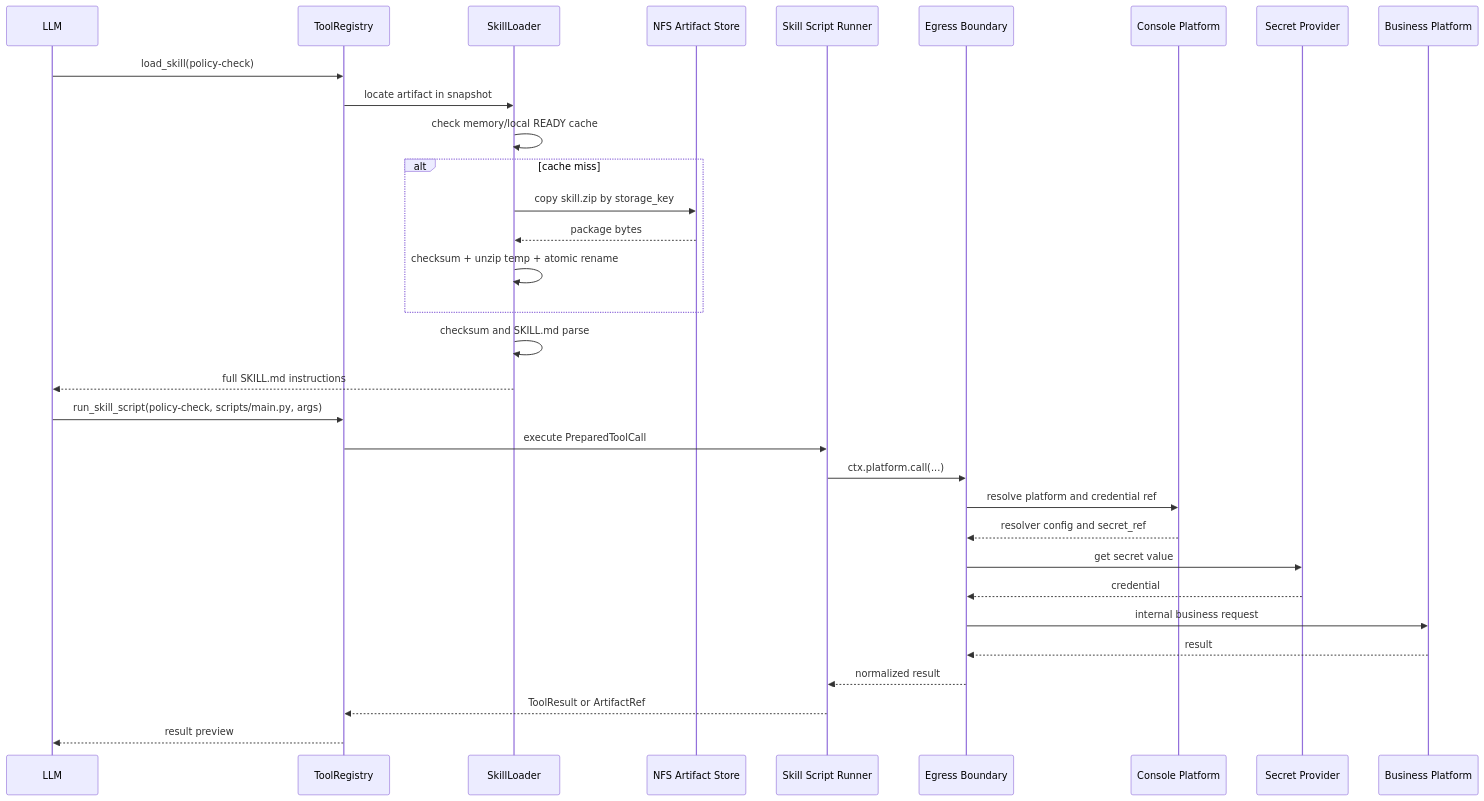
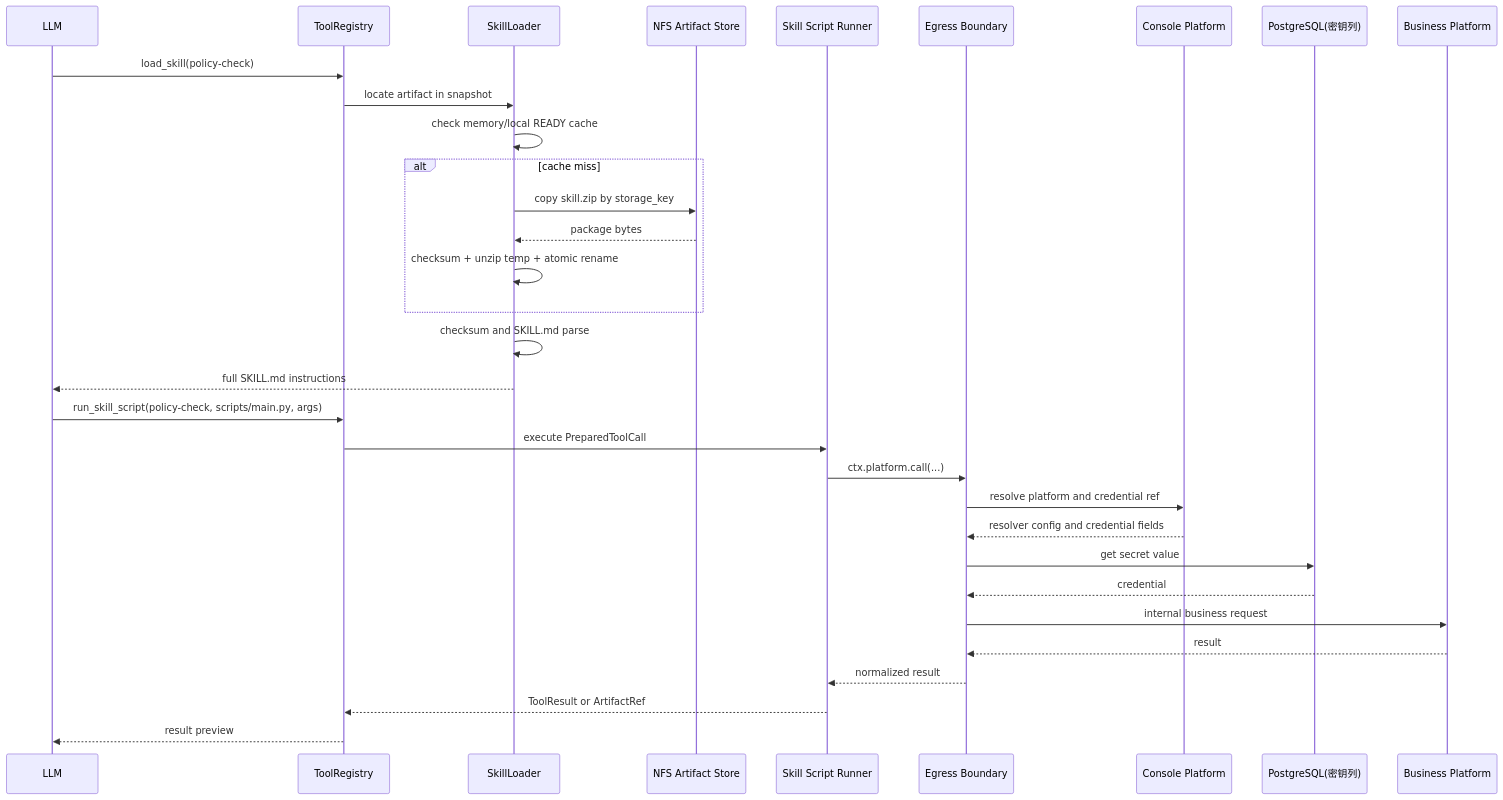
One commit to Michaelxwb/fluxion-harness changed the fourth of 22 diagrams in docs/08-关键流程时序与状态机详细设计.md. Above: the diagram before and after it, drawn with Mermaid. The commit also changed other lines of this file and 116 other files, not shown here.

First line of the commit message:
feat(model): 模型管理模块闭环并归档；refactor(secret): SecretRef 全量移除

````diff
--- a/docs/08-关键流程时序与状态机详细设计.md
+++ b/docs/08-关键流程时序与状态机详细设计.md
@@ -102,36 +102,36 @@
 ```mermaid
 sequenceDiagram
     participant L as LLM
     participant TR as ToolRegistry
     participant SL as SkillLoader
     participant FS as NFS Artifact Store
     participant SR as Skill Script Runner
     participant EB as Egress Boundary
     participant CP as Console Platform
-    participant SP as Secret Provider
+    participant SP as PostgreSQL(密钥列)
     participant BIZ as Business Platform
 
     L->>TR: load_skill(policy-check)
     TR->>SL: locate artifact in snapshot
     SL->>SL: check memory/local READY cache
     alt cache miss
         SL->>FS: copy skill.zip by storage_key
         FS-->>SL: package bytes
         SL->>SL: checksum + unzip temp + atomic rename
     end
     SL->>SL: checksum and SKILL.md parse
     SL-->>L: full SKILL.md instructions
 
     L->>TR: run_skill_script(policy-check, scripts/main.py, args)
     TR->>SR: execute PreparedToolCall
     SR->>EB: ctx.platform.call(...)
     EB->>CP: resolve platform and credential ref
-    CP-->>EB: resolver config and secret_ref
+    CP-->>EB: resolver config and credential fields
     EB->>SP: get secret value
     SP-->>EB: credential
     EB->>BIZ: internal business request
     BIZ-->>EB: result
     EB-->>SR: normalized result
     SR-->>TR: ToolResult or ArtifactRef
     TR-->>L: result preview
 ```
````
